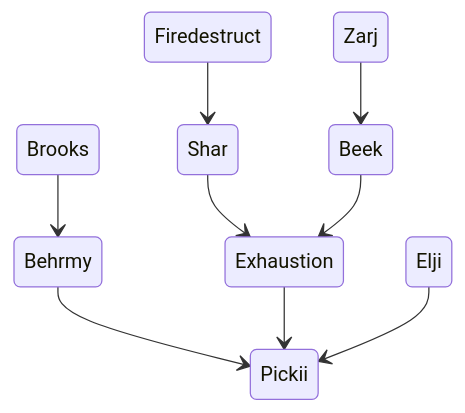
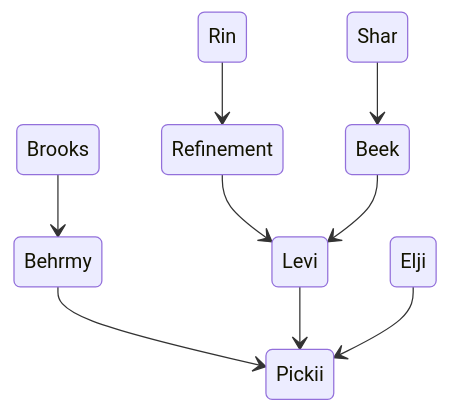
The fourth of 11 diagrams in wepulled/swp/README.md (leemWF/READMEVault), drawn with Mermaid before and after one commit. The commit also changed other lines of this file, not shown here.

````diff
--- a/wepulled/swp/README.md
+++ b/wepulled/swp/README.md
@@ -85,23 +83,23 @@
 ```mermaid
 stateDiagram-v2
     t2: Pickii
     h4: Behrmy
-    h5: Exhaustion
+    h5: Levi
     h6: Elji
-    rr1: Firedestruct
+    rr1: Rin
     
-    rr3: Shar
+    rr3: Refinement
     rr4: Beek
     rr5: Brooks
-    rr6: Zarj
+    rr6: Shar
     
     rr5 --> h4
     h4 --> t2
     h5 --> t2
     h6 --> t2
     rr1 --> rr3
     
     rr3 --> h5
     rr4 --> h5
     rr6 --> rr4
 ```
````
